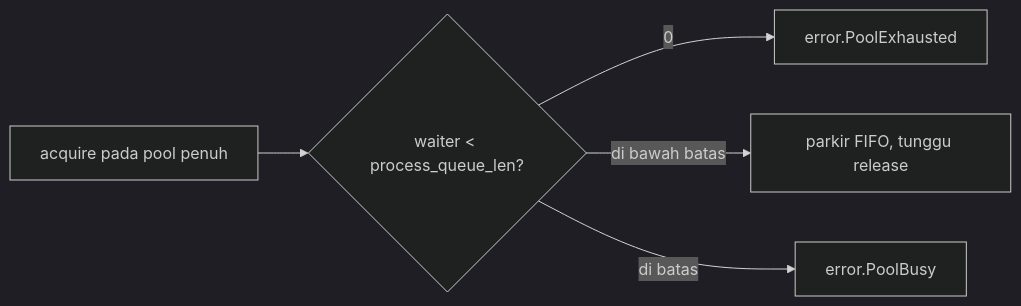
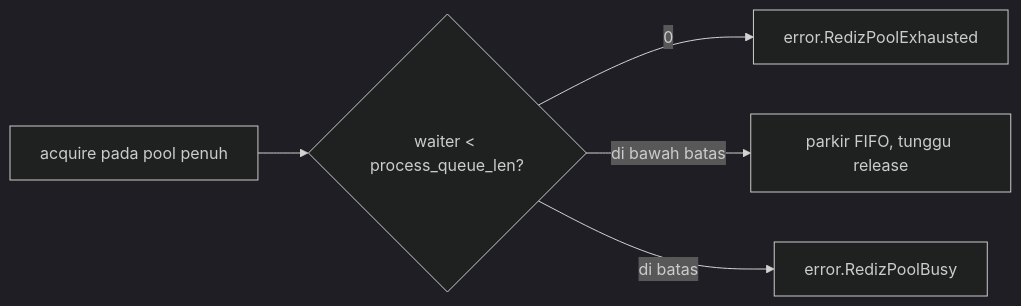
Before and after one commit to prothegee/zix: the diagram in docs/driver/rediz/config-id.md, drawn with Mermaid (dark theme). The commit also changed other lines of this file and 410 other files, not shown here.

````diff
--- a/docs/driver/rediz/config-id.md
+++ b/docs/driver/rediz/config-id.md
@@ -86,7 +86,7 @@
 ```mermaid
 flowchart LR
     acq[acquire pada pool penuh] --> q{waiter < process_queue_len?}
-    q -->|0| shed0[error.PoolExhausted]
+    q -->|0| shed0[error.RedizPoolExhausted]
     q -->|di bawah batas| park[parkir FIFO, tunggu release]
-    q -->|di batas| shed1[error.PoolBusy]
+    q -->|di batas| shed1[error.RedizPoolBusy]
 ```
````
